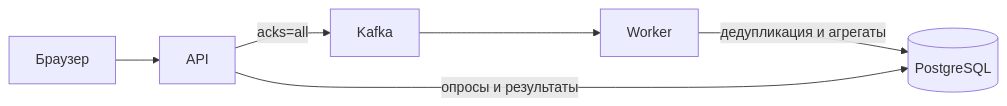
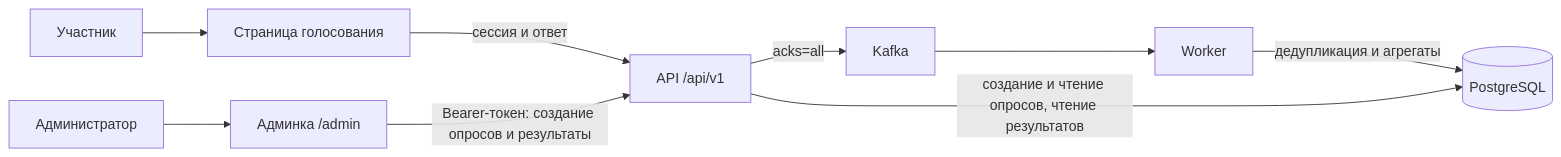
The diagram in README.md (LimeOnTop/VOTING), drawn with Mermaid before and after one commit. The commit also changed other lines of this file and 9 other files, not shown here.

Commit message:
Remove standalone scripts and document administration flow

````diff
--- a/README.md
+++ b/README.md
@@ -25,8 +25,11 @@
 ```mermaid
 flowchart LR
-    Browser[Браузер] --> API[API]
+    Voter[Участник] --> Voting[Страница голосования]
+    Voting -->|сессия и ответ| API[API /api/v1]
+    Admin[Администратор] --> AdminUI[Админка /admin]
+    AdminUI -->|Bearer-токен: создание опросов и результаты| API
     API -->|acks=all| Kafka[Kafka]
     Kafka --> Worker[Worker]
     Worker -->|дедупликация и агрегаты| DB[(PostgreSQL)]
-    API -->|опросы и результаты| DB
+    API -->|создание и чтение опросов, чтение результатов| DB
 ```
````
